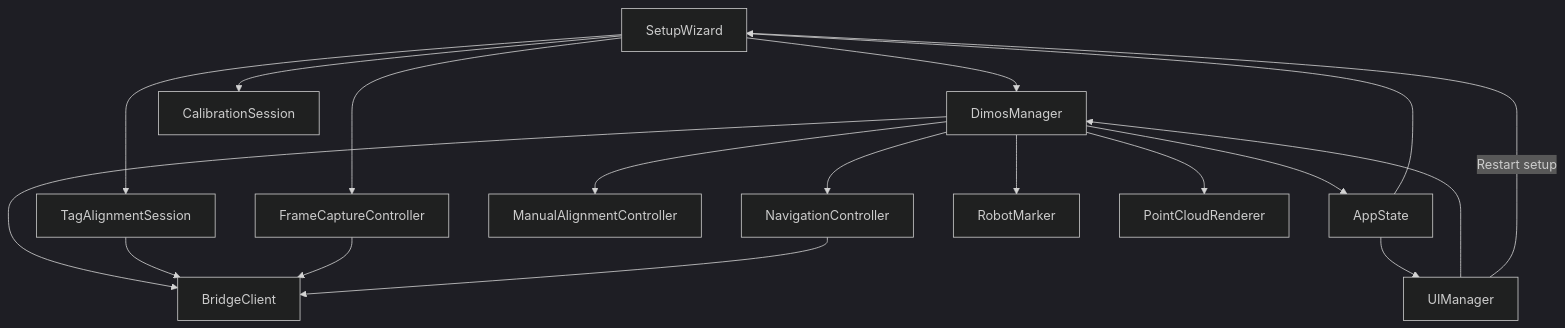
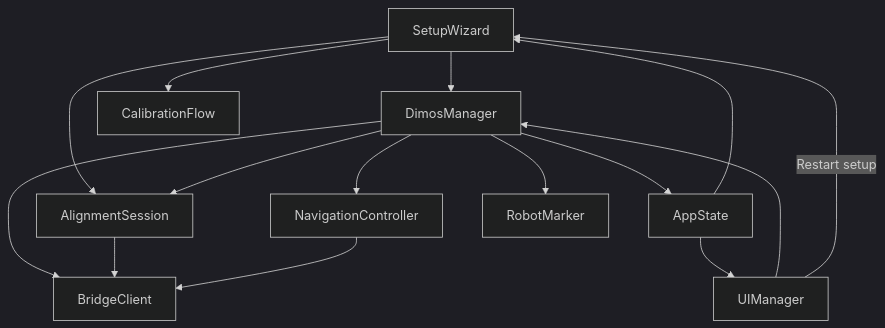
The second of 3 diagrams in README.md (V4C38/spectacles-dimensional-os), drawn with Mermaid (dark theme) before and after one commit. The commit also changed other lines of this file and 121 other files, not shown here.

````diff
--- a/README.md
+++ b/README.md
@@ -98,20 +96,17 @@
 ```mermaid
 flowchart TB
   SetupWizard[SetupWizard] --> DimosManager[DimosManager]
-  SetupWizard --> CalibrationSession[CalibrationSession]
-  SetupWizard --> TagAlignment[TagAlignmentSession]
-  SetupWizard --> FrameCapture[FrameCaptureController]
+  SetupWizard --> CalibrationFlow[CalibrationFlow]
+  SetupWizard --> AlignmentSession[AlignmentSession]
   UIManager[UIManager] --> DimosManager
   UIManager -->|"Restart setup"| SetupWizard
   DimosManager --> BridgeClient[BridgeClient]
   DimosManager --> AppState[AppState]
-  DimosManager --> ManualAlignment[ManualAlignmentController]
+  DimosManager --> AlignmentSession
   DimosManager --> Navigation[NavigationController]
   DimosManager --> RobotMarker[RobotMarker]
-  DimosManager --> PointCloud[PointCloudRenderer]
   AppState --> UIManager
   AppState --> SetupWizard
-  TagAlignment --> BridgeClient
-  FrameCapture --> BridgeClient
+  AlignmentSession --> BridgeClient
   Navigation --> BridgeClient
 ```
````
